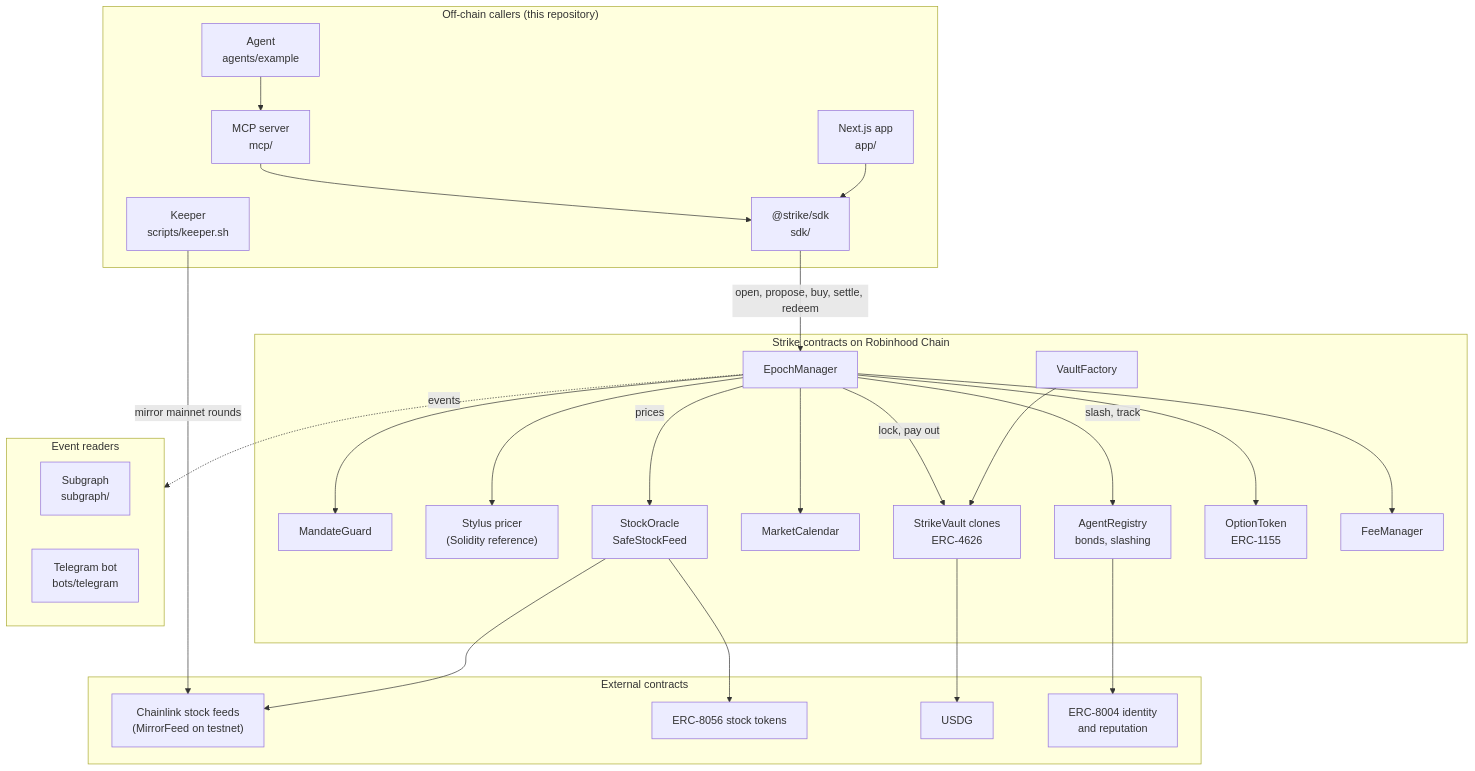
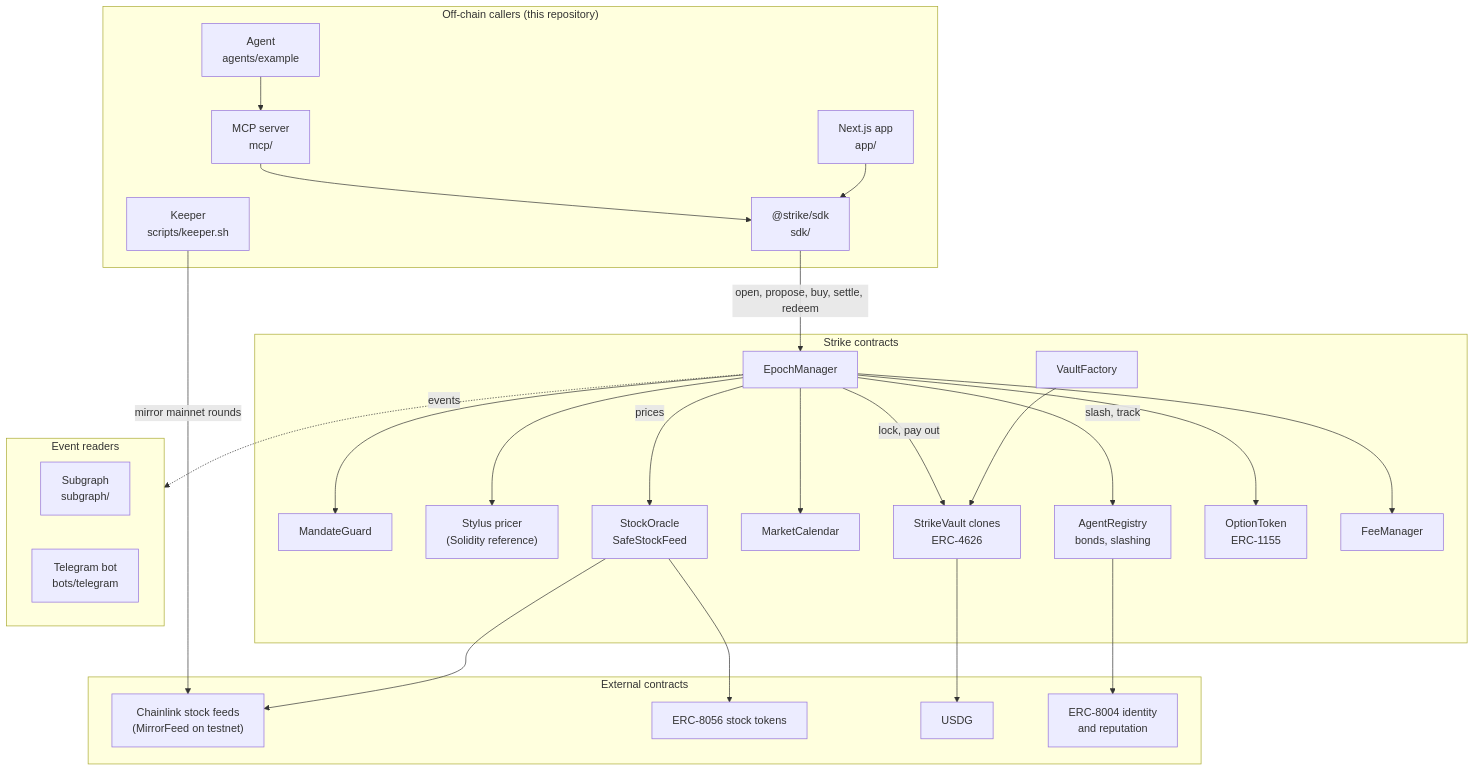
One commit to Prashant-thakur77/Strike changed the third of 3 diagrams in README.md. Above: the diagram before and after it, drawn with Mermaid. The commit also changed other lines of this file, not shown here.

````diff
--- a/README.md
+++ b/README.md
@@ -137,41 +357,41 @@
 ```mermaid
 flowchart TB
     subgraph writers["Off-chain callers (this repository)"]
         agent["Agent<br/>agents/example"] --> mcp["MCP server<br/>mcp/"] --> sdk["@strike/sdk<br/>sdk/"]
         app["Next.js app<br/>app/"] --> sdk
         keeper["Keeper<br/>scripts/keeper.sh"]
     end
-    subgraph chain["Strike contracts on Robinhood Chain"]
+    subgraph chain["Strike contracts"]
         em["EpochManager"]
         mg["MandateGuard"]
         pricer["Stylus pricer<br/>(Solidity reference)"]
         so["StockOracle<br/>SafeStockFeed"]
         cal["MarketCalendar"]
         ar["AgentRegistry<br/>bonds, slashing"]
         vault["StrikeVault clones<br/>ERC-4626"]
         vf["VaultFactory"]
         ot["OptionToken<br/>ERC-1155"]
         fm["FeeManager"]
     end
     subgraph ext["External contracts"]
         feeds["Chainlink stock feeds<br/>(MirrorFeed on testnet)"]
         tokens["ERC-8056 stock tokens"]
         usdg["USDG"]
         erc8004["ERC-8004 identity<br/>and reputation"]
     end
     subgraph readers["Event readers"]
         subg["Subgraph<br/>subgraph/"]
         bot["Telegram bot<br/>bots/telegram"]
     end
     sdk -- "open, propose, buy, settle, redeem" --> em
     keeper -- "mirror mainnet rounds" --> feeds
     em --> mg & pricer & cal & ot & fm
     em -- "prices" --> so
     em -- "lock, pay out" --> vault
     em -- "slash, track" --> ar
     vf --> vault
     so --> feeds & tokens
     vault --> usdg
     ar --> erc8004
     em -. events .-> readers
 ```
````
